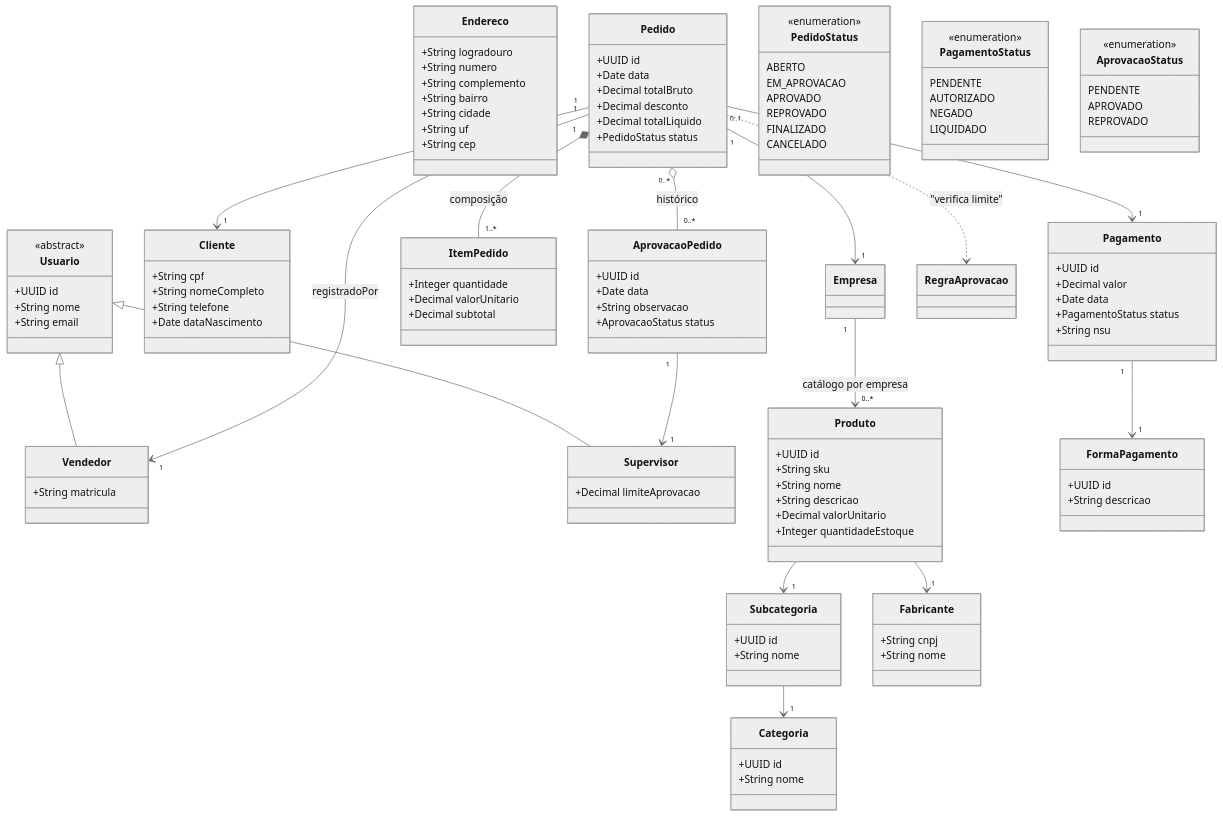
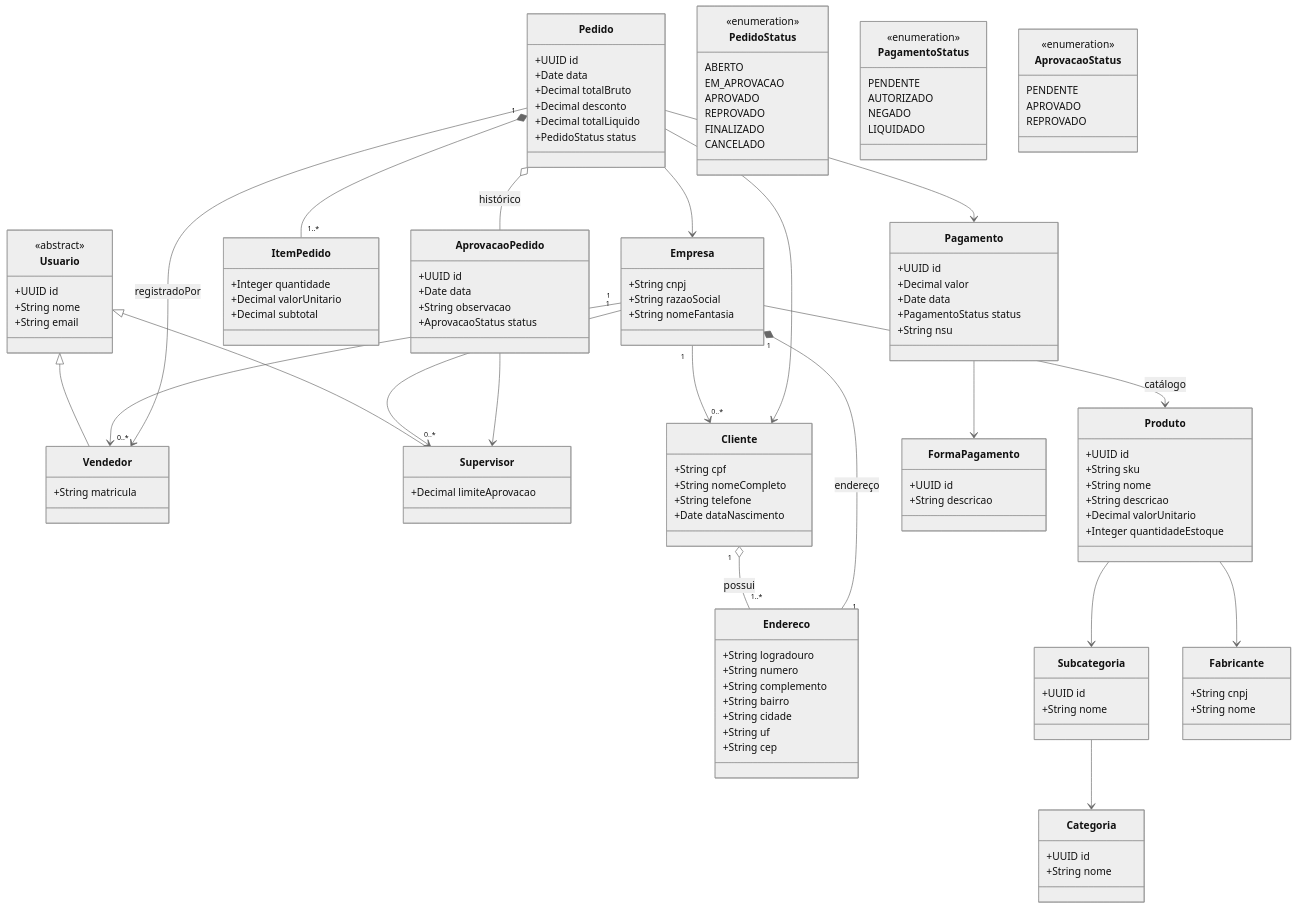
The diagram in src/main/java/org/estruturadados/diagrama.mmd (arthurtvres/exercicio_pdv), drawn with Mermaid (neutral theme) before and after one commit.

```diff
--- a/src/main/java/org/estruturadados/diagrama.mmd
+++ b/src/main/java/org/estruturadados/diagrama.mmd
@@ -1,137 +1,141 @@
 classDiagram
-%% ================== Núcleo de Pessoas/Usuários ==================
+%% ================== Pessoas ==================
 class Usuario {
   <<abstract>>
   +UUID id
   +String nome
   +String email
 }
 
 class Vendedor {
   +String matricula
 }
 Usuario <|-- Vendedor
 
 class Supervisor {
   +Decimal limiteAprovacao
 }
 Usuario <|-- Supervisor
 
 class Cliente {
   +String cpf
   +String nomeCompleto
   +String telefone
   +Date dataNascimento
 }
+Cliente "1" o-- "1..*" Endereco : possui
 
 class Endereco {
   +String logradouro
   +String numero
   +String complemento
   +String bairro
   +String cidade
   +String uf
   +String cep
 }
+
+%% ================== Empresa ==================
+class Empresa {
+  +String cnpj
+  +String razaoSocial
+  +String nomeFantasia
+}
+Empresa "1" *-- "1" Endereco : endereço
+Empresa "1" --> "0..*" Vendedor
+Empresa "1" --> "0..*" Supervisor
+Empresa "1" --> "0..*" Cliente
 
 %% ================== Catálogo de Produtos ==================
 class Categoria {
   +UUID id
   +String nome
 }
 class Subcategoria {
   +UUID id
   +String nome
 }
 class Fabricante {
   +String cnpj
   +String nome
 }
 class Produto {
   +UUID id
   +String sku
   +String nome
   +String descricao
   +Decimal valorUnitario
   +Integer quantidadeEstoque
 }
+Subcategoria --> Categoria
+Produto --> Subcategoria
+Produto --> Fabricante
+Empresa --> Produto : catálogo
 
-Subcategoria --> "1" Categoria
-Produto --> "1" Subcategoria
-Produto --> "1" Fabricante
-Empresa "1" --> "0..*" Produto : catálogo por empresa
-
-%% ================== Vendas / Pedidos ==================
+%% ================== Vendas ==================
 class Pedido {
   +UUID id
   +Date data
   +Decimal totalBruto
   +Decimal desconto
   +Decimal totalLiquido
   +PedidoStatus status
 }
-
 class ItemPedido {
   +Integer quantidade
   +Decimal valorUnitario
   +Decimal subtotal
 }
-
-Pedido "1" *-- "1..*" ItemPedido : composição
-Pedido "1" --> "1" Cliente
-Pedido "1" --> "1" Vendedor : registradoPor
-Pedido "1" --> "1" Empresa
+Pedido "1" *-- "1..*" ItemPedido
+Pedido --> Cliente
+Pedido --> Vendedor : registradoPor
+Pedido --> Empresa
 
 %% ================== Pagamentos ==================
 class FormaPagamento {
   +UUID id
   +String descricao
 }
 class Pagamento {
   +UUID id
   +Decimal valor
   +Date data
   +PagamentoStatus status
   +String nsu
 }
-
-Pedido "0..1" --> "1" Pagamento
-Pagamento "1" --> "1" FormaPagamento
+Pedido --> Pagamento
+Pagamento --> FormaPagamento
 
 %% ================== Aprovação ==================
 class AprovacaoPedido {
   +UUID id
   +Date data
   +String observacao
   +AprovacaoStatus status
 }
-
-Pedido "0..*" o-- "0..*" AprovacaoPedido : histórico
-AprovacaoPedido "1" --> "1" Supervisor
-Pedido ..> RegraAprovacao : "verifica limite"
+Pedido o-- AprovacaoPedido : histórico
+AprovacaoPedido --> Supervisor
 
 %% ================== Enums ==================
 class PedidoStatus {
   <<enumeration>>
   ABERTO
   EM_APROVACAO
   APROVADO
   REPROVADO
   FINALIZADO
   CANCELADO
 }
-
 class PagamentoStatus {
   <<enumeration>>
   PENDENTE
   AUTORIZADO
   NEGADO
   LIQUIDADO
 }
-
 class AprovacaoStatus {
   <<enumeration>>
   PENDENTE
   APROVADO
   REPROVADO
 }
```
